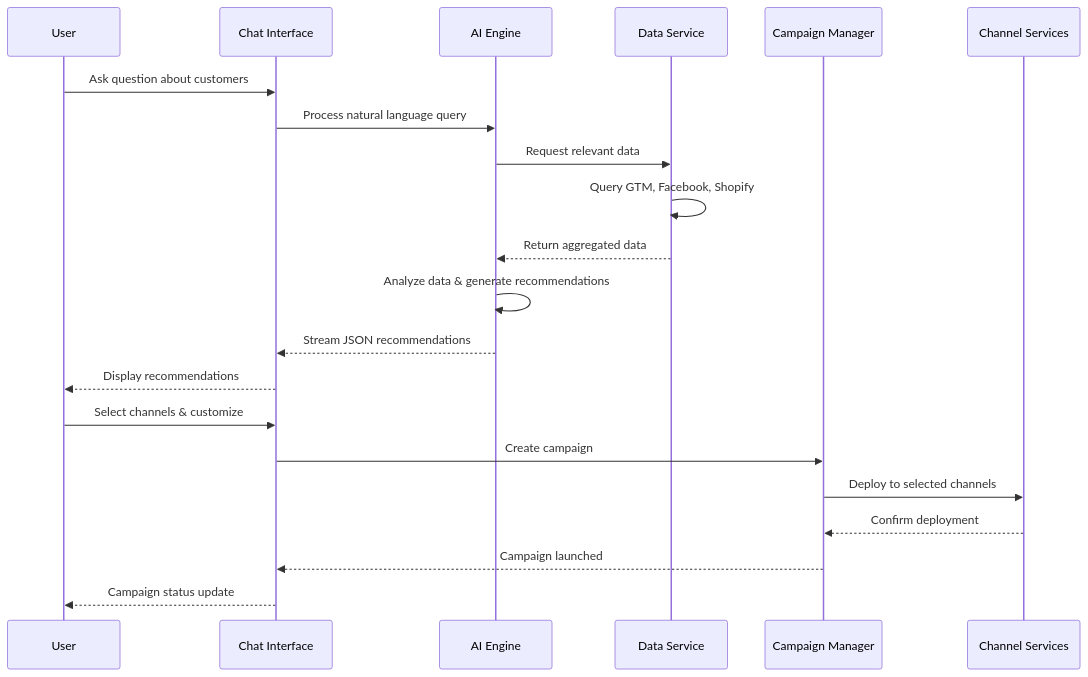
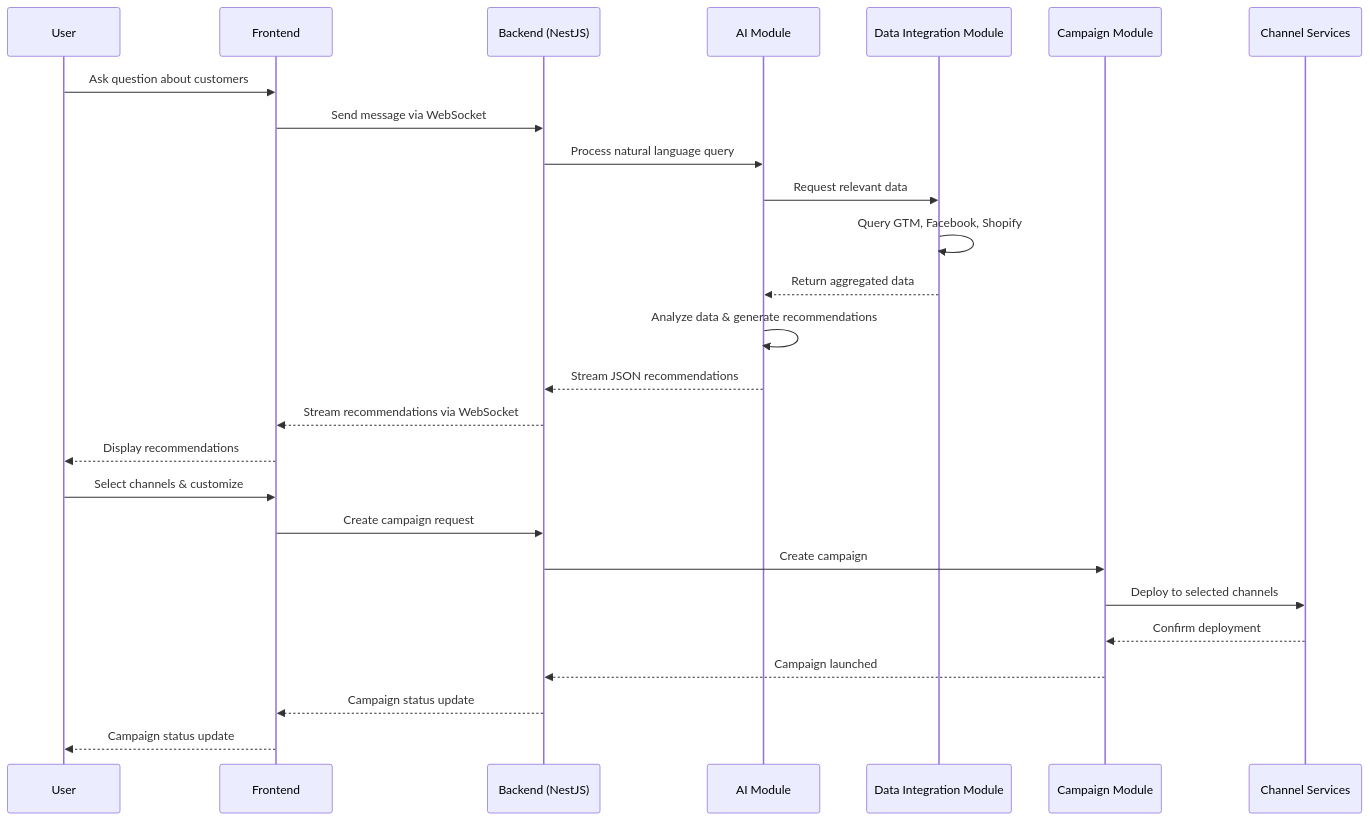
Before and after one commit to sakibrahmanchy/markopolo-ai-fullstack-challenge: the second of 9 diagrams in docs/system-design.md, drawn with Mermaid. The commit also changed other lines of this file and 3 other files, not shown here.

````diff
--- a/docs/system-design.md
+++ b/docs/system-design.md
@@ -103,24 +94,29 @@
 ```mermaid
 sequenceDiagram
     participant U as User
-    participant C as Chat Interface
-    participant AI as AI Engine
-    participant D as Data Service
-    participant CM as Campaign Manager
+    participant F as Frontend
+    participant B as Backend (NestJS)
+    participant AI as AI Module
+    participant DI as Data Integration Module
+    participant CM as Campaign Module
     participant CH as Channel Services
     
-    U->>C: Ask question about customers
-    C->>AI: Process natural language query
-    AI->>D: Request relevant data
-    D->>D: Query GTM, Facebook, Shopify
-    D-->>AI: Return aggregated data
+    U->>F: Ask question about customers
+    F->>B: Send message via WebSocket
+    B->>AI: Process natural language query
+    AI->>DI: Request relevant data
+    DI->>DI: Query GTM, Facebook, Shopify
+    DI-->>AI: Return aggregated data
     AI->>AI: Analyze data & generate recommendations
-    AI-->>C: Stream JSON recommendations
-    C-->>U: Display recommendations
-    U->>C: Select channels & customize
-    C->>CM: Create campaign
+    AI-->>B: Stream JSON recommendations
+    B-->>F: Stream recommendations via WebSocket
+    F-->>U: Display recommendations
+    U->>F: Select channels & customize
+    F->>B: Create campaign request
+    B->>CM: Create campaign
     CM->>CH: Deploy to selected channels
     CH-->>CM: Confirm deployment
-    CM-->>C: Campaign launched
-    C-->>U: Campaign status update
+    CM-->>B: Campaign launched
+    B-->>F: Campaign status update
+    F-->>U: Campaign status update
 ```
````
